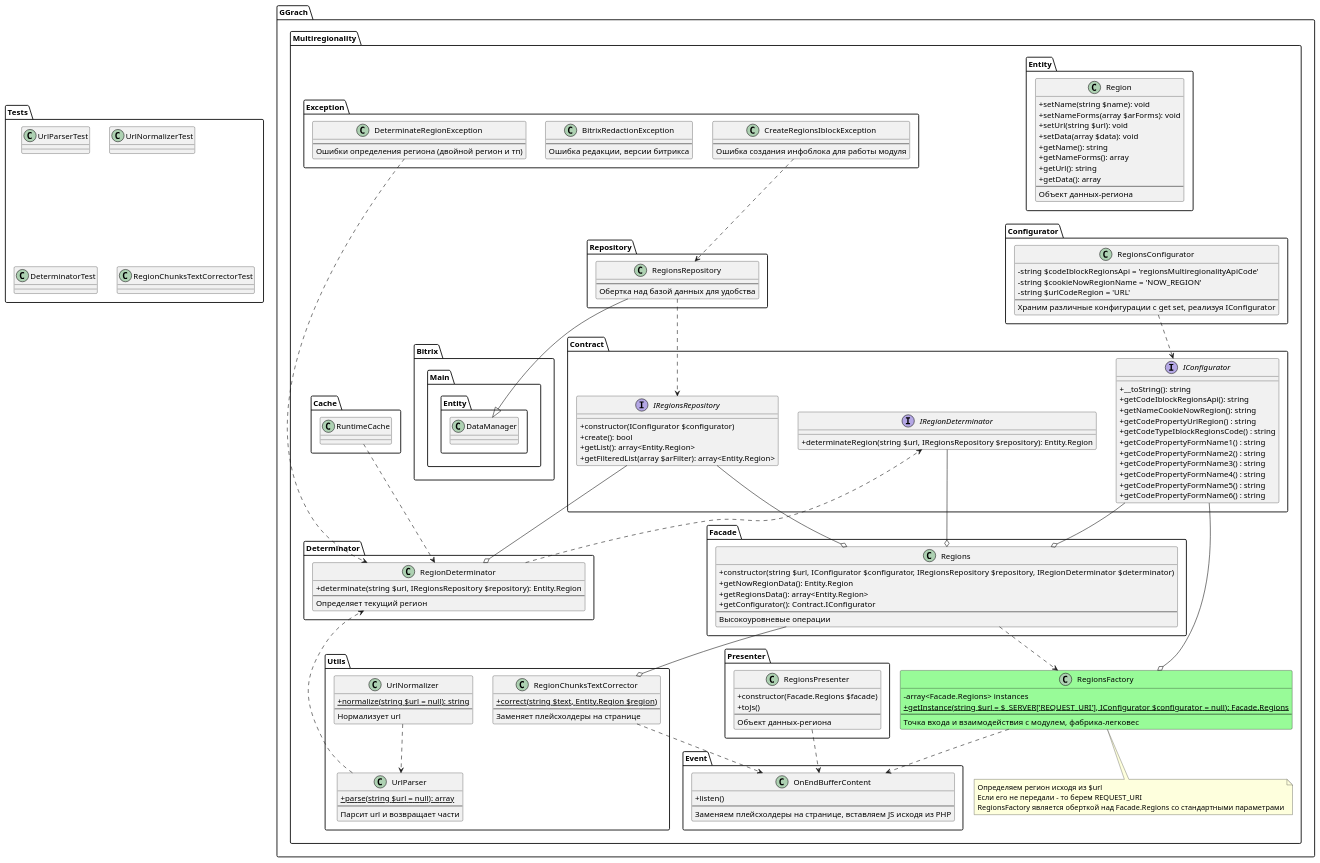
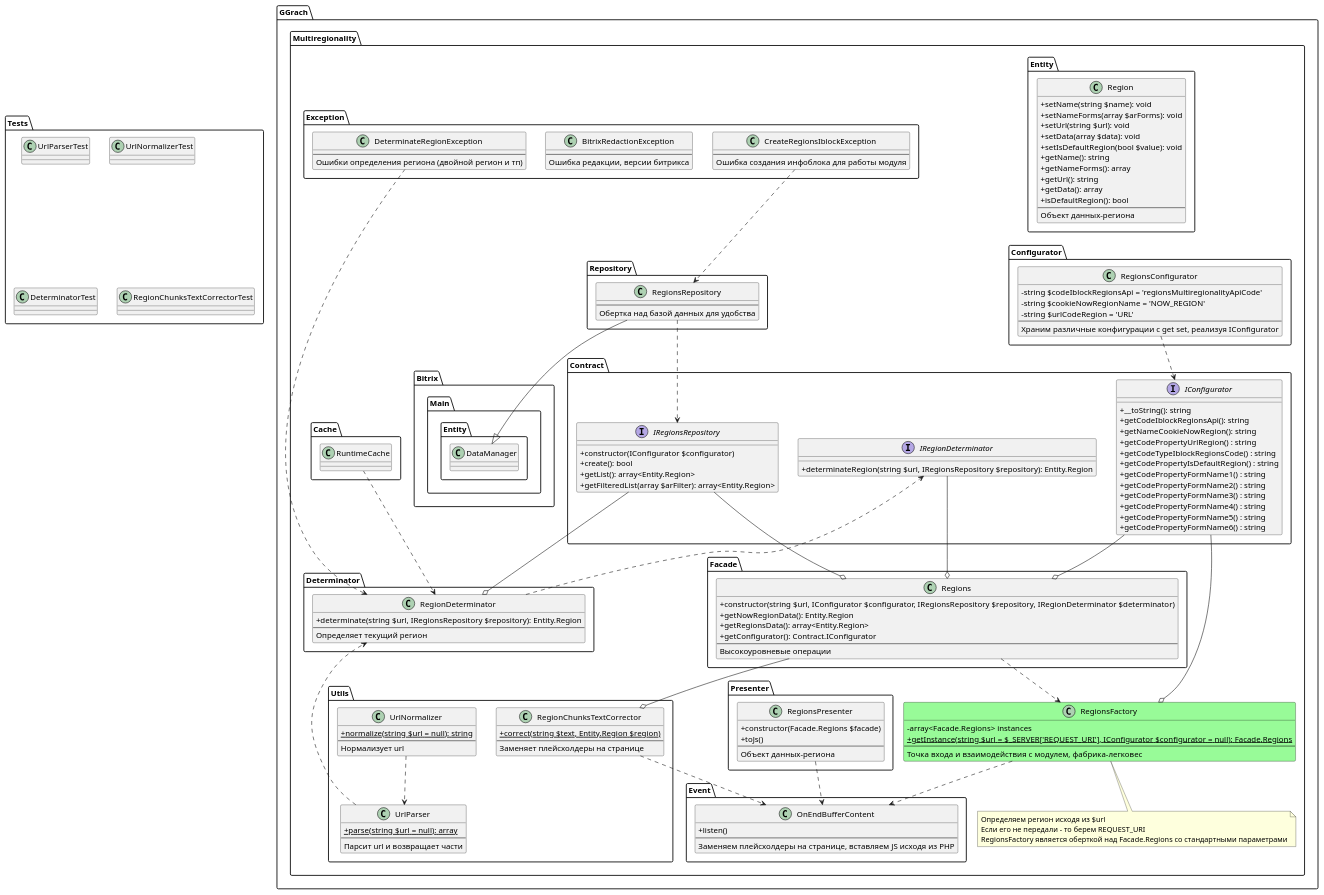
One commit to ggrachdev/bitrix_module_multiregionality changed the diagram in ggrachdev.multiregionality/classes/general/Multiregionality/structure.puml. Above: the diagram before and after it, drawn with PlantUML. The commit also changed 4 other files, not shown here.

```diff
--- a/ggrachdev.multiregionality/classes/general/Multiregionality/structure.puml
+++ b/ggrachdev.multiregionality/classes/general/Multiregionality/structure.puml
@@ -37,10 +37,12 @@
             + setNameForms(array $arForms): void
             + setUrl(string $url): void
             + setData(array $data): void
+            + setIsDefaultRegion(bool $value): void
             + getName(): string
             + getNameForms(): array
             + getUrl(): string
             + getData(): array
+            + isDefaultRegion(): bool
             ---
             Объект данных-региона
         }
@@ -93,6 +95,7 @@
             + getNameCookieNowRegion(): string
             + getCodePropertyUrlRegion() : string
             + getCodeTypeIblockRegionsCode() : string
+            + getCodePropertyIsDefaultRegion() : string
             + getCodePropertyFormName1() : string
             + getCodePropertyFormName2() : string
             + getCodePropertyFormName3() : string
```
